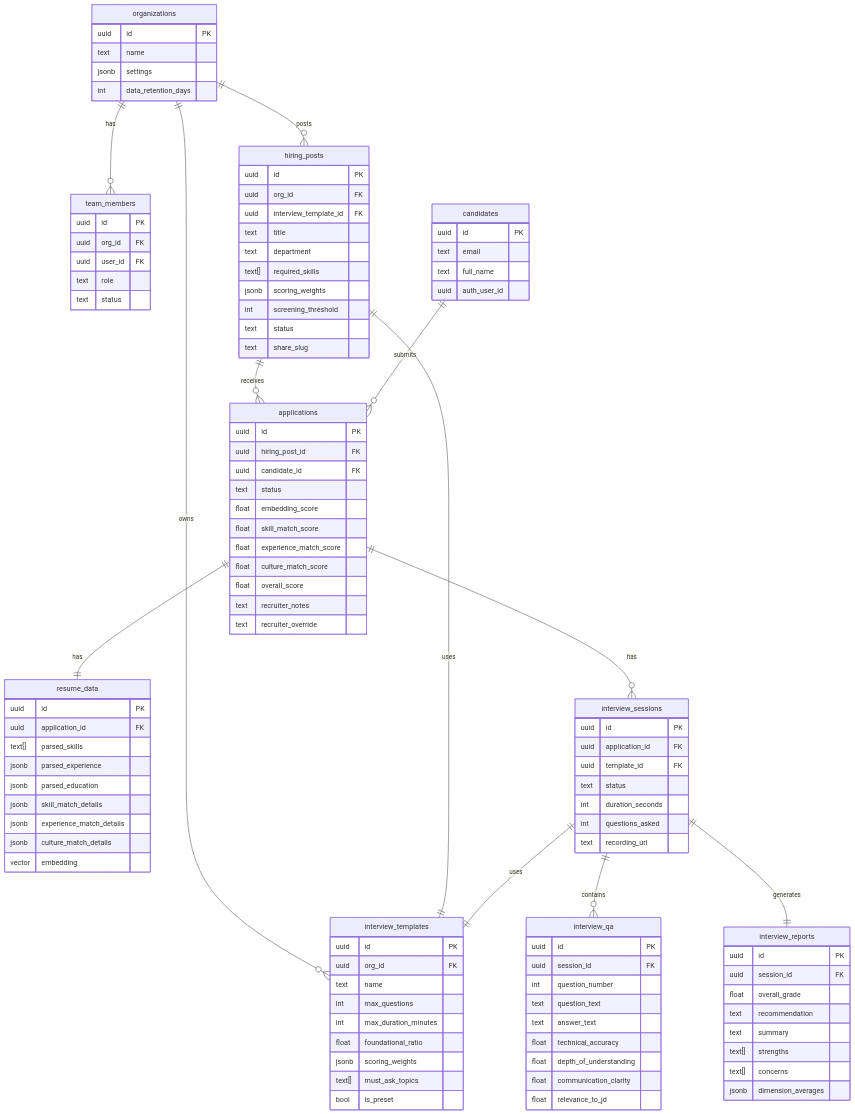
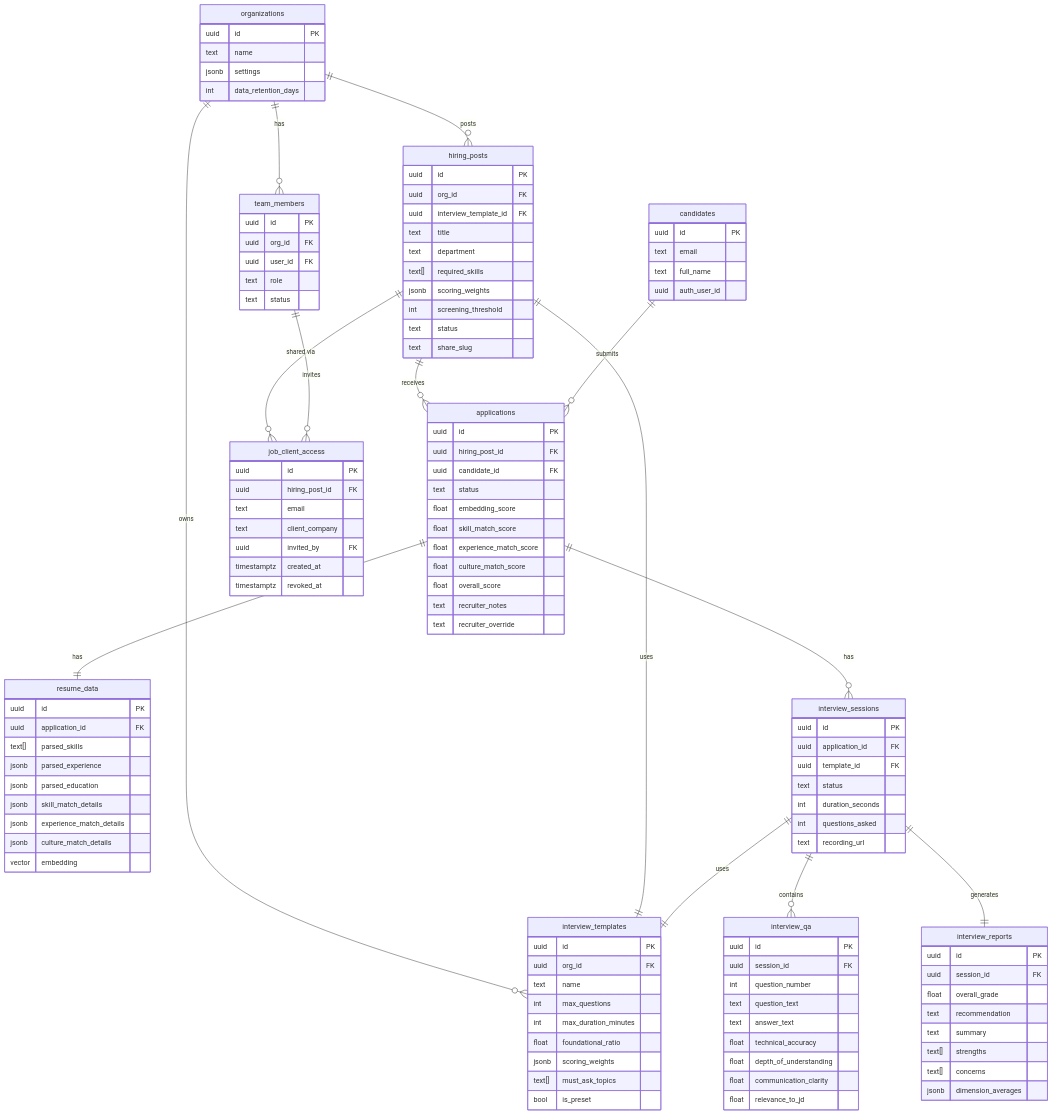
One commit to nivu/int.ai changed the fourth of 4 diagrams in docs/architecture/recruiter-platform.md. Above: the diagram before and after it, drawn with Mermaid. The commit also changed other lines of this file and 33 other files, not shown here.

First line of the commit message:
feat(client-access): read-only client access to specific jobs (spec 003)

````diff
--- a/docs/architecture/recruiter-platform.md
+++ b/docs/architecture/recruiter-platform.md
@@ -361,6 +394,15 @@
         text[] concerns
         jsonb dimension_averages
     }
+    job_client_access {
+        uuid id PK
+        uuid hiring_post_id FK
+        text email
+        text client_company
+        uuid invited_by FK
+        timestamptz created_at
+        timestamptz revoked_at
+    }
 
     organizations ||--o{ team_members : "has"
     organizations ||--o{ interview_templates : "owns"
@@ -373,4 +415,6 @@
     interview_sessions ||--|| interview_templates : "uses"
     interview_sessions ||--o{ interview_qa : "contains"
     interview_sessions ||--|| interview_reports : "generates"
+    hiring_posts ||--o{ job_client_access : "shared via"
+    team_members ||--o{ job_client_access : "invites"
 ```
````
